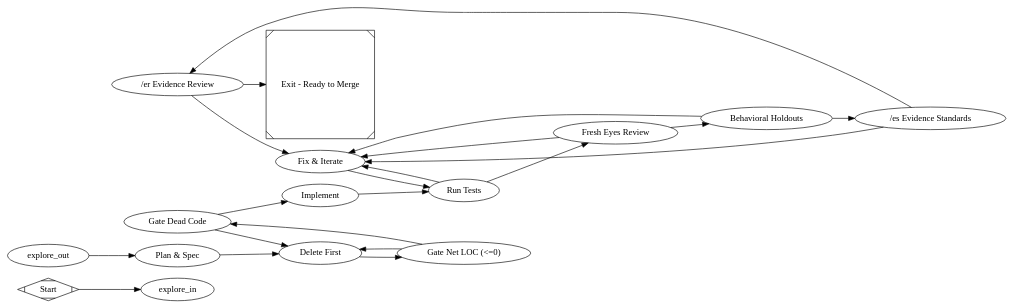
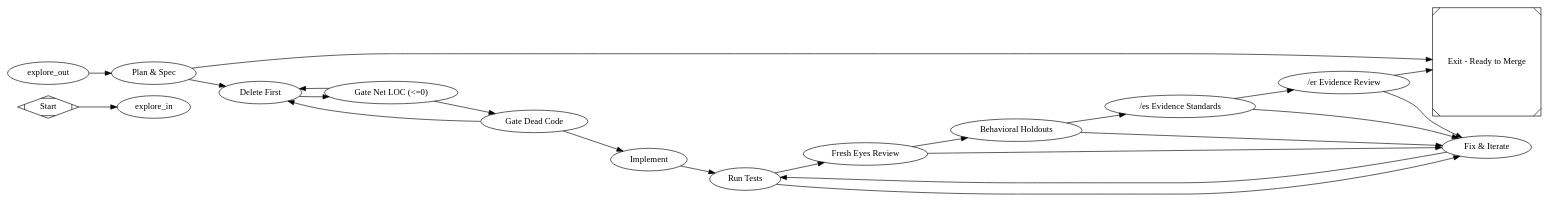
The diagram in pipelines/slim/brownfield_delete_first.dot (jleechanorg/dark-factory), drawn with Graphviz before and after one commit. The commit also changed 7 other files, not shown here.

Commit message:
fix: fail closed on MiniMax plan errors [codex][gpt-5.6-luna]

```diff
--- a/pipelines/slim/brownfield_delete_first.dot
+++ b/pipelines/slim/brownfield_delete_first.dot
@@ -1,140 +1,144 @@
 digraph BrownfieldDeleteFirstFactory {
   graph [
     include="@pipelines/_base.dot",
     goal="Implement a feature by first deleting obsolete code, passing net LOC and dead code gates, then implementing and passing tests, review, and holdouts"
     rankdir=LR
     model_stylesheet="minimal_feature.model.css"
   ]
 
   start [shape=Mdiamond, label="Start"]
   exit  [shape=Msquare, label="Exit - Ready to Merge"]
 
   plan [
     type="codergen",
     label="Plan & Spec",
     class="plan",
     prompt="@prompts/slim/plan.md",
     timeout=600
   ]
 
   delete_first [
     type="codergen",
     label="Delete First",
     class="delete_first",
     prompt="@prompts/slim/delete_first.md",
     max_retries=2,
     timeout=600
   ]
 
   gate_net_loc [
     type="gate_net_loc",
     label="Gate Net LOC (<=0)",
     timeout=600
   ]
 
   gate_dead_code [
     type="gate_dead_code",
     label="Gate Dead Code",
     timeout=600
   ]
 
   implement [
     type="codergen",
     label="Implement",
     class="implement",
     prompt="@prompts/slim/implement.md",
     max_retries=2,
     timeout=600
   ]
 
   test [
     type="tool",
     label="Run Tests",
     command="${state.slim.test_command}",
     validation=true,
     goal_gate=true,
     timeout=600,
     retry_target="fix"
   ]
 
   review [
     type="codergen",
     label="Fresh Eyes Review",
     class="review",
     prompt="@prompts/slim/review.md",
     goal_gate=true,
     retry_target="fix",
     timeout=600
   ]
 
   holdout [
     type="holdout_eval",
     label="Behavioral Holdouts",
     feature="${state.feature}",
     validation=true,
     goal_gate=true,
     timeout=600,
     retry_target="fix"
   ]
 
   gate_es [
     type="gate_es",
     label="/es Evidence Standards",
     timeout=600
   ]
 
   // Resolves via the adversarial-review priority queue (codex > minimax >
   // agy is the final supported reviewer fallback so the reviewer is a *different vendor* from the
   // implementing coder. prefer_adversarial=true excludes the run-level
   // coder backend from the queue. Overridable per-run via
   // DARK_FACTORY_ADVERSARIAL_PRIORITY. See pipelines/slim/review_pr.dot.
   gate_er [
     type="gate_er",
     label="/er Evidence Review",
     backend_priority="codex,minimax,agy",
     prefer_adversarial="true",
     gate_strict="true",
     timeout=600
   ]
 
   fix [
     type="codergen",
     label="Fix & Iterate",
     class="fix",
     prompt="@prompts/slim/fix.md",
     max_retries=2,
     max_visits="3",
     no_progress_max="2",
     timeout=600
   ]
 
   start -> explore_in
   explore_out -> plan
-  plan -> delete_first
+  // MiniMax is a required planning dependency.  Never continue into the
+  // destructive delete-first tier when plan cannot run; preserve the failure
+  // at exit instead of silently proceeding without a plan.
+  plan -> delete_first [condition="outcome=success"]
+  plan -> exit [condition="outcome!=success"]
   delete_first -> gate_net_loc
   
   gate_net_loc -> gate_dead_code [condition="outcome=success"]
   gate_net_loc -> delete_first [condition="outcome!=success"]
 
   gate_dead_code -> implement [condition="outcome=success"]
   gate_dead_code -> delete_first [condition="outcome!=success"]
 
   implement -> test
 
   test -> review [condition="outcome=success"]
   test -> fix [condition="outcome!=success"]
 
   review -> holdout [condition="outcome=success"]
   review -> fix [condition="outcome!=success"]
 
   holdout -> gate_es [condition="outcome=success"]
   holdout -> fix [condition="outcome!=success"]
 
   gate_es -> gate_er [condition="outcome=success"]
   gate_es -> fix [condition="outcome!=success"]
 
   gate_er -> exit [condition="outcome=success"]
   gate_er -> fix [condition="outcome!=success"]
 
   fix -> test
 }
```
